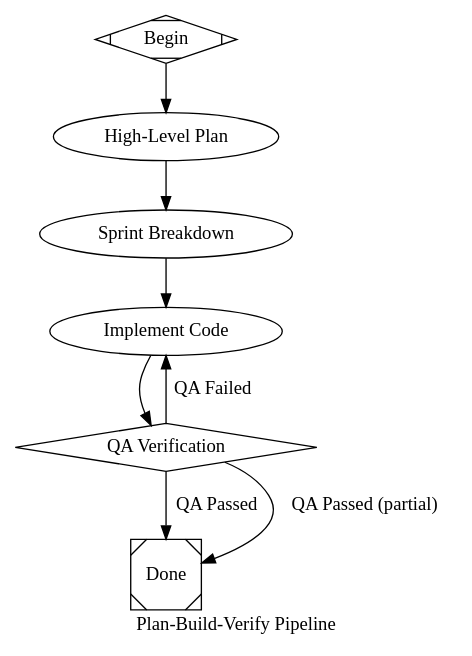
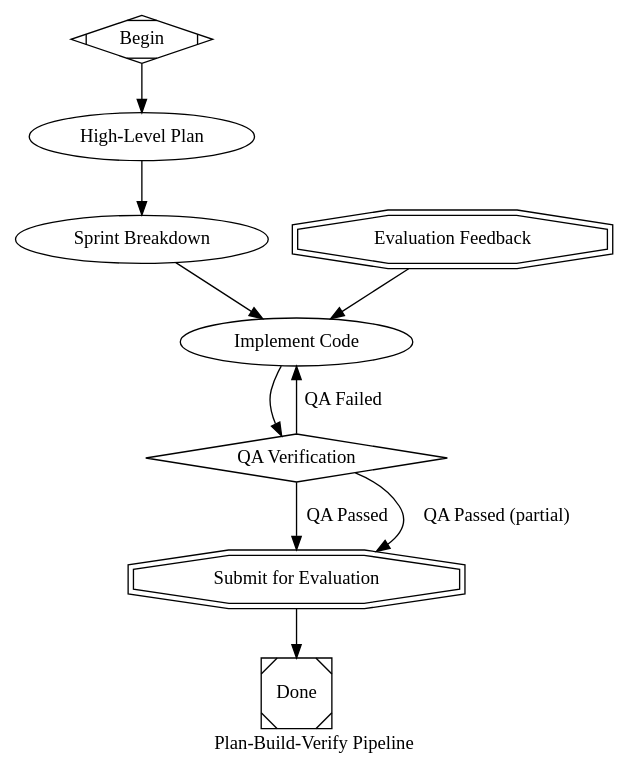
Before and after one commit to bencivjan/attractor-scala: the diagram in attractor/src/main/resources/pipelines/developer.dot, drawn with Graphviz. The commit also changed 2 other files, not shown here.

Commit message:
Sync developer.dot from attractor-go with communication nodes
Adds submit_for_evaluation (outbound) and evaluation_feedback (inbound)
communication nodes for factory pipeline integration. Updates implement
prompt to handle evaluator feedback. QA pass now routes through
submit_for_evaluation instead of directly to exit. Includes developer.png
rendered diagram. Tests updated for new node/edge structure.

```diff
--- a/attractor/src/main/resources/pipelines/developer.dot
+++ b/attractor/src/main/resources/pipelines/developer.dot
@@ -1,112 +1,145 @@
 // Plan-Build-Verify Pipeline
 //
 // A four-stage software development pipeline that uses LLMs to plan,
 // decompose, implement, and verify a project or feature.
 //
 // Stages:
 //   1. High-Level Plan     (Claude Opus)  — architecture and strategy
 //   2. Sprint Breakdown    (Claude Opus)  — decompose into sprint-sized work
 //   3. Implement           (Codex)        — write production code
 //   4. QA Verification     (Claude Opus)  — verify implementation matches plans
 //
 // On QA failure the pipeline loops back to implementation with feedback.
 
 digraph plan_build_verify {
     goal = "Plan, implement, and verify a software project or feature"
     label = "Plan-Build-Verify Pipeline"
     default_max_retry = "3"
     fallback_retry_target = "sprint_breakdown"
 
     model_stylesheet = "
         * {
             reasoning_effort: high;
         }
     "
 
     // -----------------------------------------------------------------------
     // Start
     // -----------------------------------------------------------------------
     start [shape=Mdiamond, label="Begin"]
 
     // -----------------------------------------------------------------------
     // Phase 1 — High-Level Planning (Claude Opus)
     //
     // Produces architecture, component breakdown, and implementation strategy.
     // This is the foundation the rest of the pipeline builds on.
     // -----------------------------------------------------------------------
     high_level_plan [
         label       = "High-Level Plan"
         prompt      = "You are a senior software architect. Create a high-level overall plan for the project/feature described in $goal.\n\nYour plan must include:\n1. Requirements analysis — what needs to be built and why\n2. Architecture overview — major components and how they interact\n3. Technical decisions — languages, frameworks, patterns, data models\n4. Implementation strategy — phased approach with dependencies\n5. Risk assessment — what could go wrong and mitigations\n6. Definition of done — clear success criteria\n\nOutput a structured plan document. Be thorough but concise."
         model       = "claude-opus-4-6"
         llm_provider = "anthropic"
         goal_gate   = "true"
         max_retries = "2"
     ]
 
     // -----------------------------------------------------------------------
     // Phase 2 — Sprint Breakdown (Claude Opus)
     //
     // Decomposes the high-level plan into sprint-sized units of work.
     // Each sprint has clear scope, inputs, outputs, and acceptance criteria.
     // No code — purely planning.
     // -----------------------------------------------------------------------
     sprint_breakdown [
         label       = "Sprint Breakdown"
         prompt      = "You are a technical project manager. Given the high-level plan in context, break it down into smaller, sprint-sized plans.\n\nFor each sprint produce:\n1. Sprint goal — one sentence describing what this sprint delivers\n2. Scope — specific items to build (files, functions, APIs, tests)\n3. Inputs — what must exist before this sprint starts\n4. Outputs — concrete deliverables produced\n5. Acceptance criteria — how to verify the sprint is complete\n6. Dependencies — which other sprints must finish first\n\nDo NOT include code. Focus on describing what needs to be built, the approach, and expected behavior. Order sprints by dependency so they can be executed sequentially."
         model       = "claude-opus-4-6"
         llm_provider = "anthropic"
         goal_gate   = "true"
         max_retries = "2"
     ]
 
     // -----------------------------------------------------------------------
     // Phase 3 — Implementation (Codex)
     //
     // Writes production-ready code following the sprint definitions.
     // Uses OpenAI Codex for fast, high-quality code generation.
     // -----------------------------------------------------------------------
     implement [
         label       = "Implement Code"
-        prompt      = "You are a senior software engineer. Implement the sprint plans from context as production-ready code.\n\nFor each sprint:\n1. Write clean, idiomatic code that satisfies every acceptance criterion\n2. Include unit tests for all public interfaces\n3. Follow the architecture and patterns from the high-level plan\n4. Add brief inline comments only where the logic is non-obvious\n5. Handle errors properly at system boundaries\n\nOutput all code files with their full paths. Do not skip any sprint."
+        prompt      = "You are a senior software engineer. Implement the sprint plans from context as production-ready code.\n\nIf evaluator feedback is present in context as $evaluator_feedback, address every issue the evaluator raised before proceeding with the sprint plans. The evaluator's feedback takes priority — fix the identified problems first, then continue with any remaining sprint work.\n\nFor each sprint:\n1. Write clean, idiomatic code that satisfies every acceptance criterion\n2. Include unit tests for all public interfaces\n3. Follow the architecture and patterns from the high-level plan\n4. Add brief inline comments only where the logic is non-obvious\n5. Handle errors properly at system boundaries\n\nOutput all code files with their full paths. Do not skip any sprint."
         model       = "gpt-5.3-codex"
         llm_provider = "openai"
         goal_gate   = "true"
         max_retries = "3"
         retry_target = "implement"
     ]
 
     // -----------------------------------------------------------------------
     // Phase 4 — QA Verification (Claude Opus)
     //
     // Reviews the implementation against both the sprint plans and the
     // high-level plan. Acts as a conditional gate: passes or fails.
     // -----------------------------------------------------------------------
     qa_verify [
         shape       = "diamond"
         type        = "conditional"
         label       = "QA Verification"
         prompt      = "You are a QA lead and code reviewer. Verify that the implementation matches both the sprint plans and the high-level plan.\n\nCheck each of the following:\n1. Sprint coverage — every sprint's acceptance criteria are met\n2. Architectural alignment — code follows the high-level plan's architecture\n3. Correctness — logic is sound, edge cases handled, no obvious bugs\n4. Completeness — no sprints skipped, no partial implementations\n5. Code quality — readable, maintainable, properly tested\n\nIf ALL checks pass: respond with status SUCCESS.\nIf ANY check fails: respond with status FAIL and list every specific issue found, referencing the sprint and acceptance criterion that was violated."
         model       = "claude-opus-4-6"
         llm_provider = "anthropic"
         goal_gate   = "true"
         max_retries = "2"
     ]
 
     // -----------------------------------------------------------------------
+    // Communication — Outbound (submit to evaluator)
+    //
+    // In standalone mode this is a pass-through to exit. In the combined
+    // factory pipeline the evaluator takes over at this point.
+    // -----------------------------------------------------------------------
+    submit_for_evaluation [
+        shape     = "doubleoctagon"
+        type      = "communication"
+        direction = "outbound"
+        label     = "Submit for Evaluation"
+    ]
+
+    // -----------------------------------------------------------------------
+    // Communication — Inbound (evaluator rejection feedback)
+    //
+    // In standalone mode this is an alternative entry point that is not
+    // reachable from start. In the combined factory pipeline the evaluator's
+    // visionary FAIL outcome routes here with rejection context.
+    // -----------------------------------------------------------------------
+    evaluation_feedback [
+        shape     = "doubleoctagon"
+        type      = "communication"
+        direction = "inbound"
+        label     = "Evaluation Feedback"
+    ]
+
+    // -----------------------------------------------------------------------
     // Exit
     // -----------------------------------------------------------------------
     exit [shape=Msquare, label="Done"]
 
     // -----------------------------------------------------------------------
     // Edges
     // -----------------------------------------------------------------------
     start           -> high_level_plan
     high_level_plan -> sprint_breakdown
     sprint_breakdown -> implement
     implement       -> qa_verify
 
-    // QA gate: pass exits, fail loops back to implementation with feedback.
-    qa_verify -> exit      [condition="outcome=success",          label="QA Passed",  weight="10"]
-    qa_verify -> exit      [condition="outcome=partial_success",  label="QA Passed (partial)", weight="5"]
-    qa_verify -> implement [condition="outcome=fail",             label="QA Failed",  weight="10", loop_restart="true"]
+    // QA gate: pass submits for evaluation, fail loops back to implementation.
+    qa_verify -> submit_for_evaluation [condition="outcome=success",          label="QA Passed",  weight="10"]
+    qa_verify -> submit_for_evaluation [condition="outcome=partial_success",  label="QA Passed (partial)", weight="5"]
+    qa_verify -> implement             [condition="outcome=fail",             label="QA Failed",  weight="10", loop_restart="true"]
+
+    // Outbound handoff flows through to exit in standalone mode.
+    submit_for_evaluation -> exit
+
+    // Inbound evaluation feedback feeds into implementation with rejection context.
+    evaluation_feedback -> implement
 }
```
